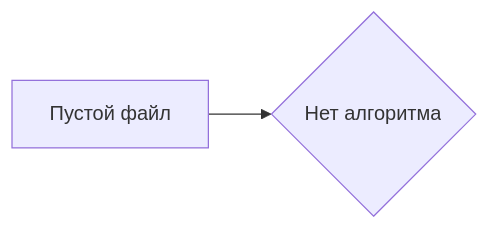
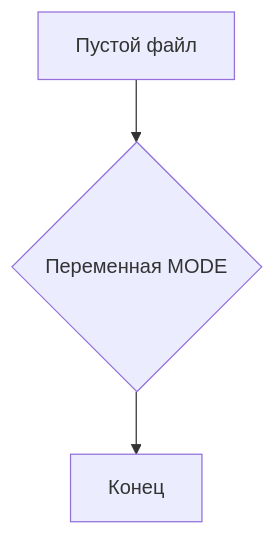
Before and after one commit to hypo69/hypo: the first of 2 diagrams in docs/gemini/ru/explainer/src/_examples/quick_start.md, drawn with Mermaid. The commit also changed other lines of this file and 877 other files, not shown here.

````diff
--- a/docs/gemini/ru/explainer/src/_examples/quick_start.md
+++ b/docs/gemini/ru/explainer/src/_examples/quick_start.md
@@ -55,4 +58,5 @@
 ```mermaid
-graph LR
-    A[Пустой файл] --> B{Нет алгоритма};
+graph TD
+    A[Пустой файл] --> B{Переменная MODE};
+    B --> C[Конец];
 ```
````
